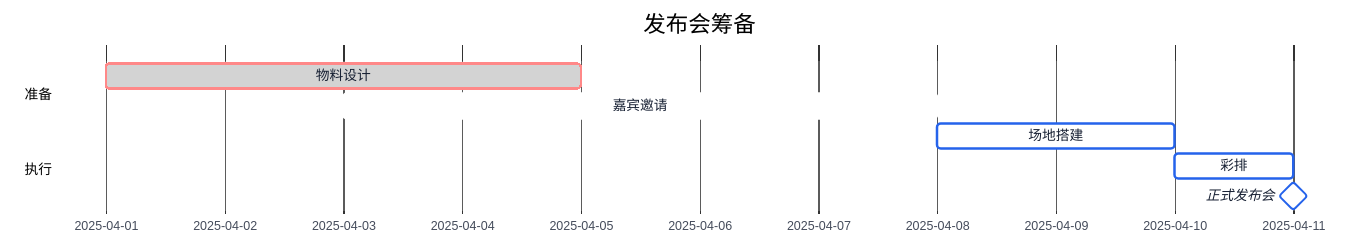
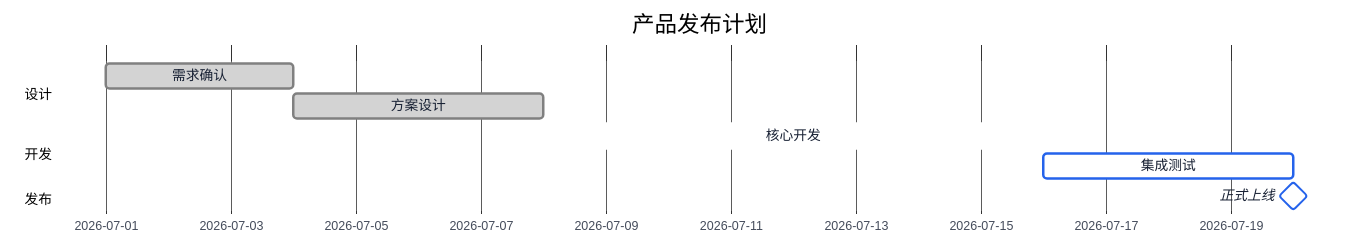
One commit to BeWaterMyFriend7/SKILL-PROJECT changed the diagram in .opencode/skills/mermaid-gen/examples/gantt-chart.md. Above: the diagram before and after it, drawn with Mermaid. The commit also changed other lines of this file and 39 other files, not shown here.

First line of the commit message:
优化 mermaid-gen 生成流程与校验能力

````diff
--- a/.opencode/skills/mermaid-gen/examples/gantt-chart.md
+++ b/.opencode/skills/mermaid-gen/examples/gantt-chart.md
@@ -3,13 +5,14 @@
 ```mermaid
 %%{init: {"theme":"base","themeVariables":{"fontFamily":"Inter, Noto Sans SC, Microsoft YaHei, sans-serif","primaryColor":"#FFFFFF","primaryBorderColor":"#2563EB","primaryTextColor":"#172033","lineColor":"#64748B","background":"#F6F8FB"}}}%%
 gantt
-    title 发布会筹备
+    title 产品发布计划
     dateFormat YYYY-MM-DD
-    section 准备
-    物料设计   :crit, done, 2025-04-01, 4d
-    嘉宾邀请   :active, 2025-04-03, 5d
-    section 执行
-    场地搭建   :2025-04-08, 2d
-    彩排       :2025-04-10, 1d
-    正式发布会 :milestone, 2025-04-11, 0d
+    section 设计
+    需求确认 :done, req, 2026-07-01, 3d
+    方案设计 :done, design, after req, 4d
+    section 开发
+    核心开发 :active, dev, after design, 8d
+    集成测试 :test, after dev, 4d
+    section 发布
+    正式上线 :milestone, release, after test, 0d
 ```
````
